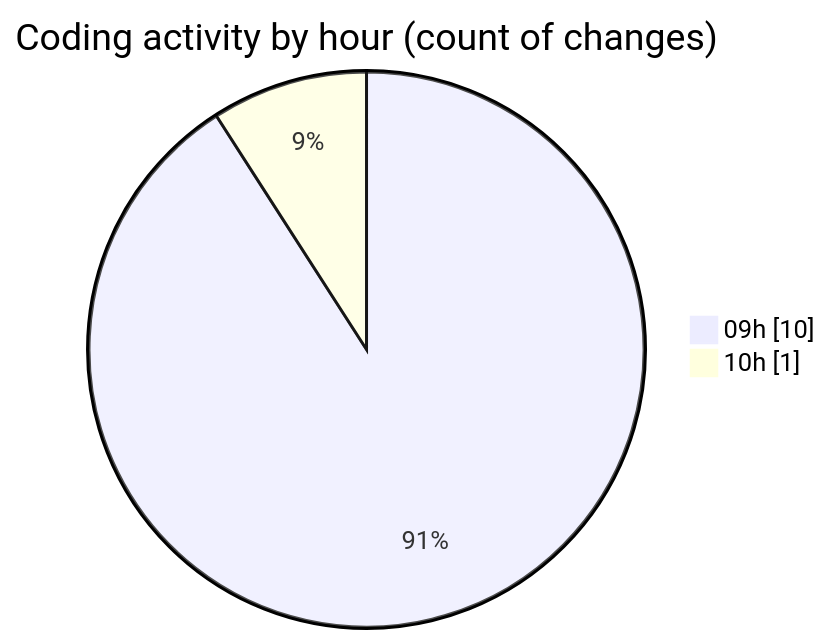
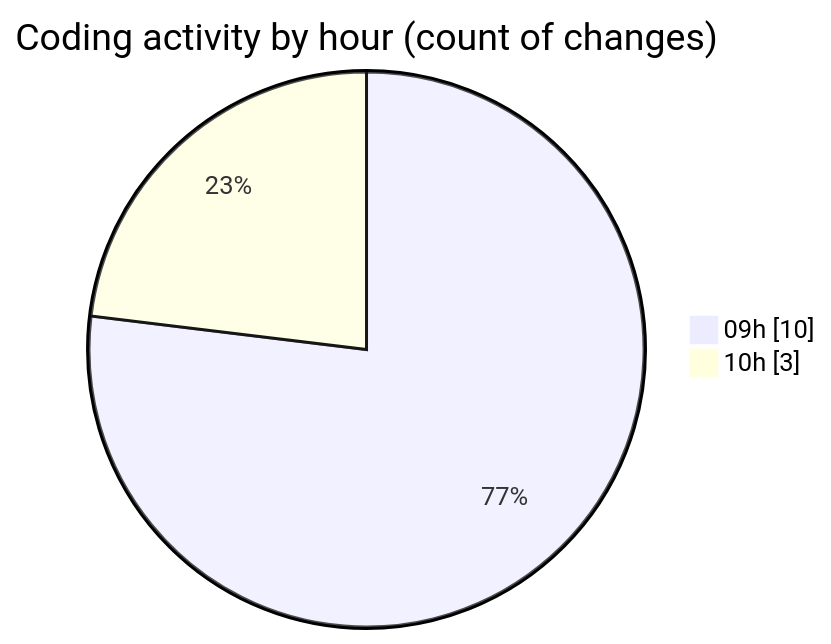
The second of 2 diagrams in 2025-05-09/ecodeli/README.md (CELIANVF/code-tracking), drawn with Mermaid before and after one commit. The commit also changed other lines of this file and 1 other file, not shown here.

````diff
--- a/2025-05-09/ecodeli/README.md
+++ b/2025-05-09/ecodeli/README.md
@@ -35,6 +35,6 @@
 ```mermaid
 pie showData
 title Coding activity by hour (count of changes)
 "09h" : 10
-"10h" : 1
+"10h" : 3
 ```
````
